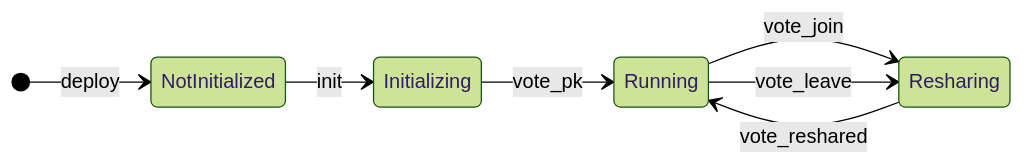
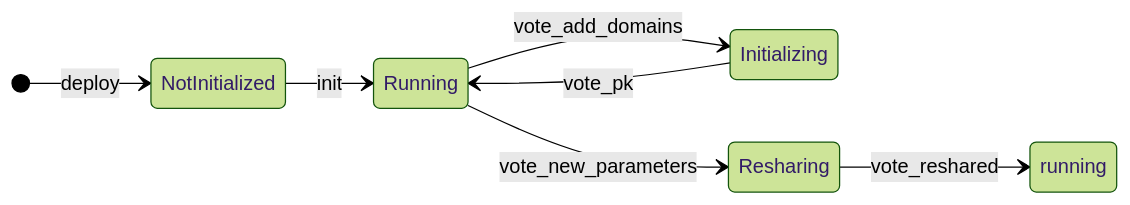
One commit to near/mpc changed the diagram in libs/chain-signatures/contract/readme.md. Above: the diagram before and after it, drawn with Mermaid (forest theme). The commit also changed other lines of this file and 11 other files, not shown here.

````diff
--- a/libs/chain-signatures/contract/readme.md
+++ b/libs/chain-signatures/contract/readme.md
@@ -39,10 +33,10 @@
 ```mermaid
 stateDiagram-v2
     direction LR
     [*] --> NotInitialized : deploy
-    NotInitialized --> Initializing : init
+    NotInitialized --> Running : init
+    Running --> Initializing : vote_add_domains
+    Running --> Resharing : vote_new_parameters
     Initializing --> Running : vote_pk
-    Running --> Resharing : vote_join
-    Resharing --> Running : vote_reshared
-    Running --> Resharing : vote_leave
+    Resharing --> running : vote_reshared
 ```
````
